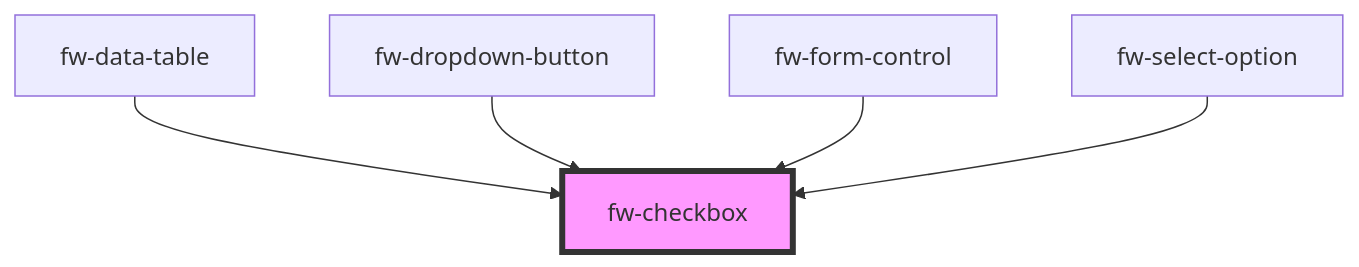
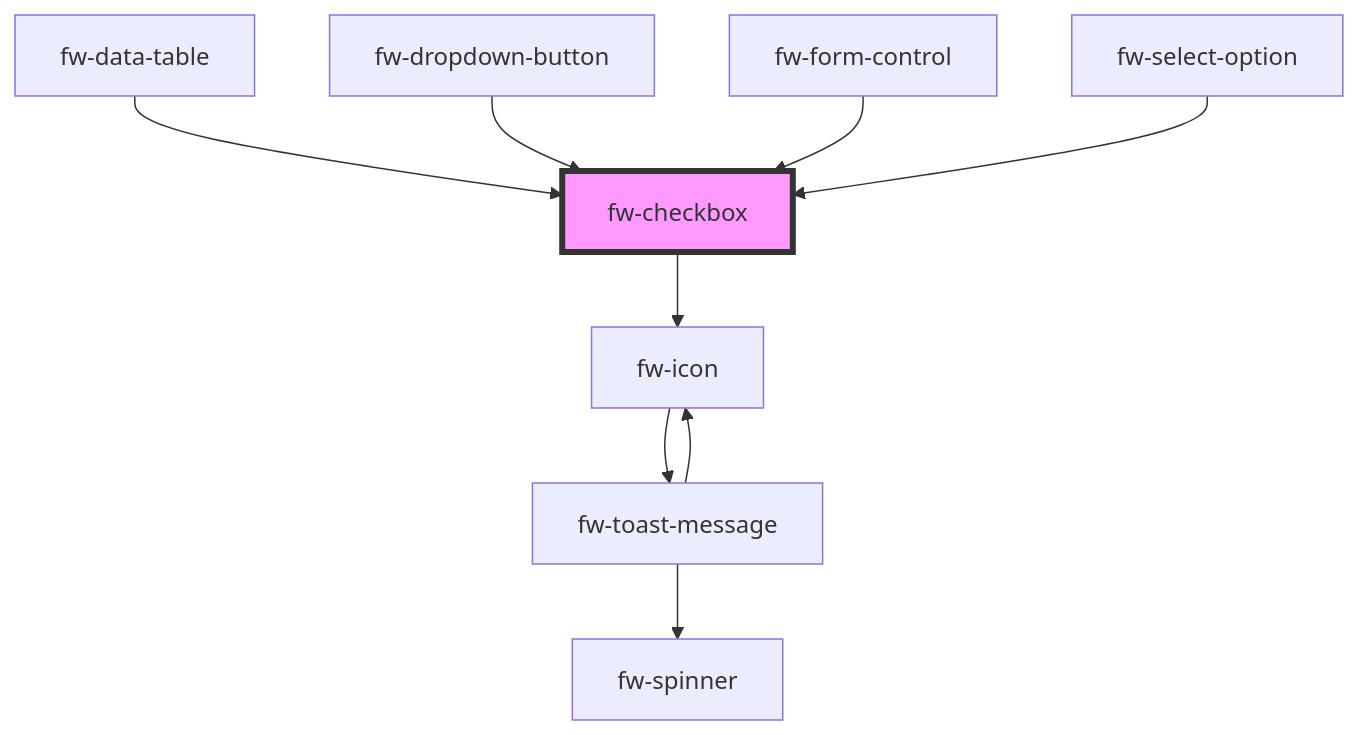
The diagram in packages/crayons-core/src/components/checkbox/readme.md (freshworks/crayons), drawn with Mermaid before and after one commit. The commit also changed other lines of this file and 10 other files, not shown here.

Commit message:
docs(checkbox): update readme to update dependency graphs

````diff
--- a/packages/crayons-core/src/components/checkbox/readme.md
+++ b/packages/crayons-core/src/components/checkbox/readme.md
@@ -85,8 +89,12 @@
 ```mermaid
 graph TD;
+  fw-checkbox --> fw-icon
+  fw-icon --> fw-toast-message
+  fw-toast-message --> fw-spinner
+  fw-toast-message --> fw-icon
   fw-data-table --> fw-checkbox
   fw-dropdown-button --> fw-checkbox
   fw-form-control --> fw-checkbox
   fw-select-option --> fw-checkbox
   style fw-checkbox fill:#f9f,stroke:#333,stroke-width:4px
 ```
````
